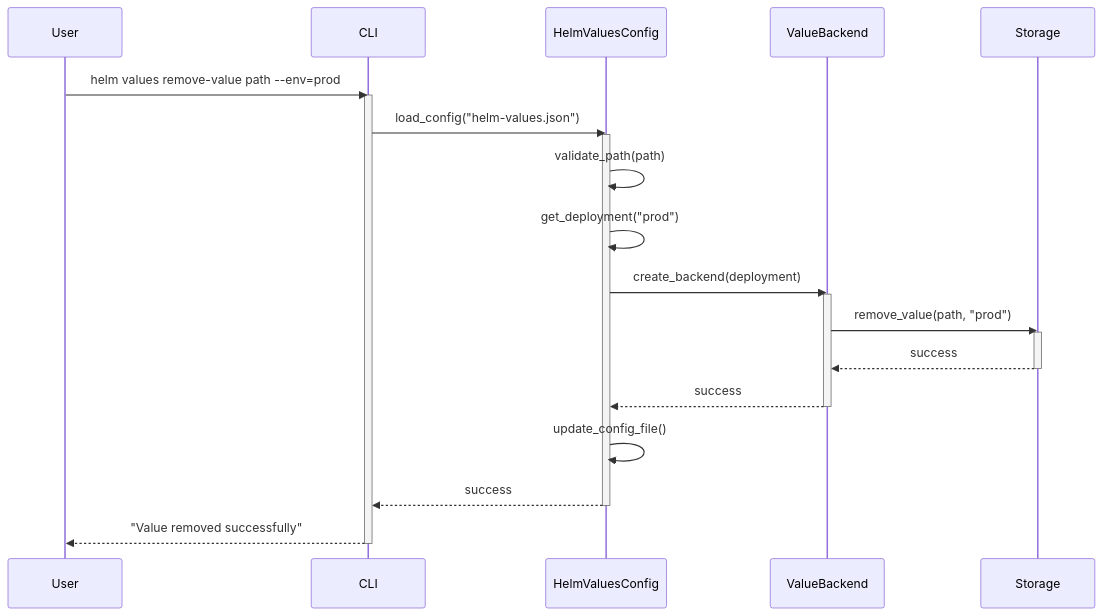
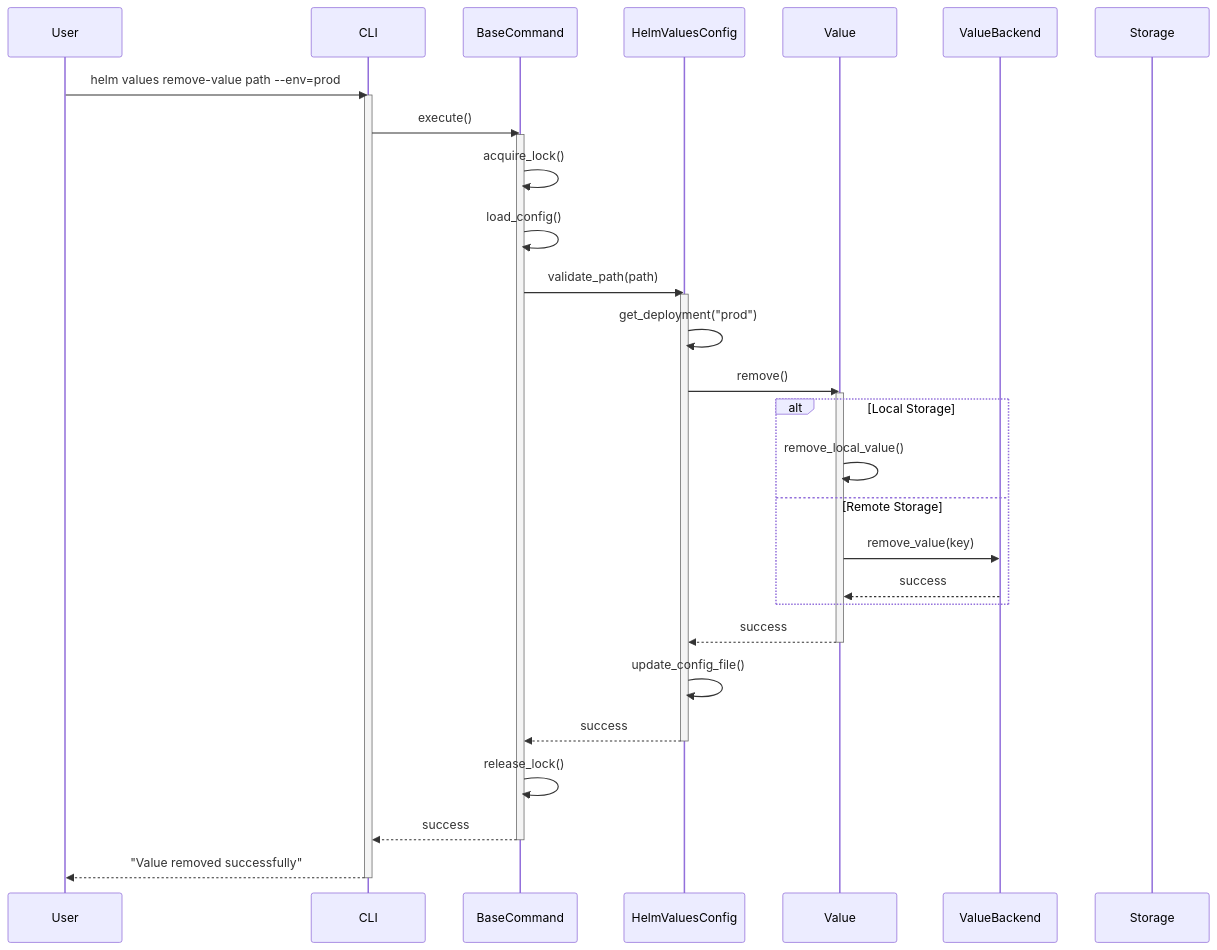
Diagram 11 of 12 in docs/Design/sequence-diagrams.md (Zipstack/helm-values-manager), drawn with Mermaid before and after one commit. The commit also changed other lines of this file and 16 other files, not shown here.

````diff
--- a/docs/Design/sequence-diagrams.md
+++ b/docs/Design/sequence-diagrams.md
@@ -355,35 +472,47 @@
 ```mermaid
 sequenceDiagram
     participant User
     participant CLI
+    participant BaseCommand
     participant HelmValuesConfig
+    participant Value
     participant ValueBackend
     participant Storage
 
     User->>CLI: helm values remove-value path --env=prod
     activate CLI
 
-    CLI->>HelmValuesConfig: load_config("helm-values.json")
+    CLI->>BaseCommand: execute()
+    activate BaseCommand
+
+    BaseCommand->>BaseCommand: acquire_lock()
+    BaseCommand->>BaseCommand: load_config()
+    BaseCommand->>HelmValuesConfig: validate_path(path)
     activate HelmValuesConfig
 
-    HelmValuesConfig->>HelmValuesConfig: validate_path(path)
     HelmValuesConfig->>HelmValuesConfig: get_deployment("prod")
 
-    HelmValuesConfig->>ValueBackend: create_backend(deployment)
-    activate ValueBackend
+    HelmValuesConfig->>Value: remove()
+    activate Value
 
-    ValueBackend->>Storage: remove_value(path, "prod")
-    activate Storage
-    Storage-->>ValueBackend: success
-    deactivate Storage
+    alt Local Storage
+        Value->>Value: remove_local_value()
+    else Remote Storage
+        Value->>ValueBackend: remove_value(key)
+        ValueBackend-->>Value: success
+    end
 
-    ValueBackend-->>HelmValuesConfig: success
-    deactivate ValueBackend
+    Value-->>HelmValuesConfig: success
+    deactivate Value
 
     HelmValuesConfig->>HelmValuesConfig: update_config_file()
-    HelmValuesConfig-->>CLI: success
+    HelmValuesConfig-->>BaseCommand: success
     deactivate HelmValuesConfig
+
+    BaseCommand->>BaseCommand: release_lock()
+    BaseCommand-->>CLI: success
+    deactivate BaseCommand
 
     CLI-->>User: "Value removed successfully"
     deactivate CLI
 ```
````
